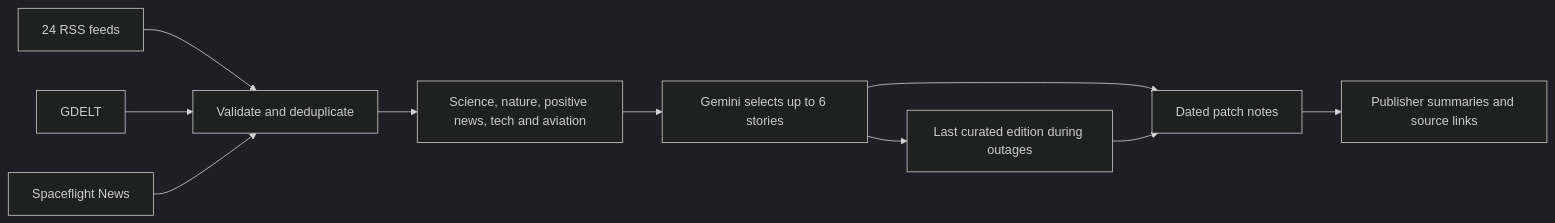
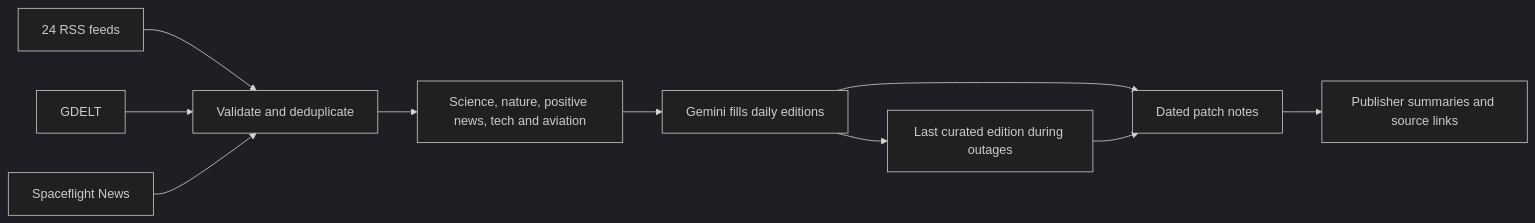
One commit to byalex33/changelog.earth changed the diagram in README.md. Above: the diagram before and after it, drawn with Mermaid (dark theme). The commit also changed other lines of this file and 75 other files, not shown here.

````diff
--- a/README.md
+++ b/README.md
@@ -65,12 +65,12 @@
 ```mermaid
 flowchart LR
     A[24 RSS feeds] --> D[Validate and deduplicate]
     B[GDELT] --> D
     C[Spaceflight News] --> D
     D --> E[Science, nature, positive news, tech and aviation]
-    E --> F[Gemini selects up to 6 stories]
+    E --> F[Gemini fills daily editions]
     F --> G[Dated patch notes]
     F --> H[Last curated edition during outages]
     H --> G
     G --> I[Publisher summaries and source links]
 ```
````
